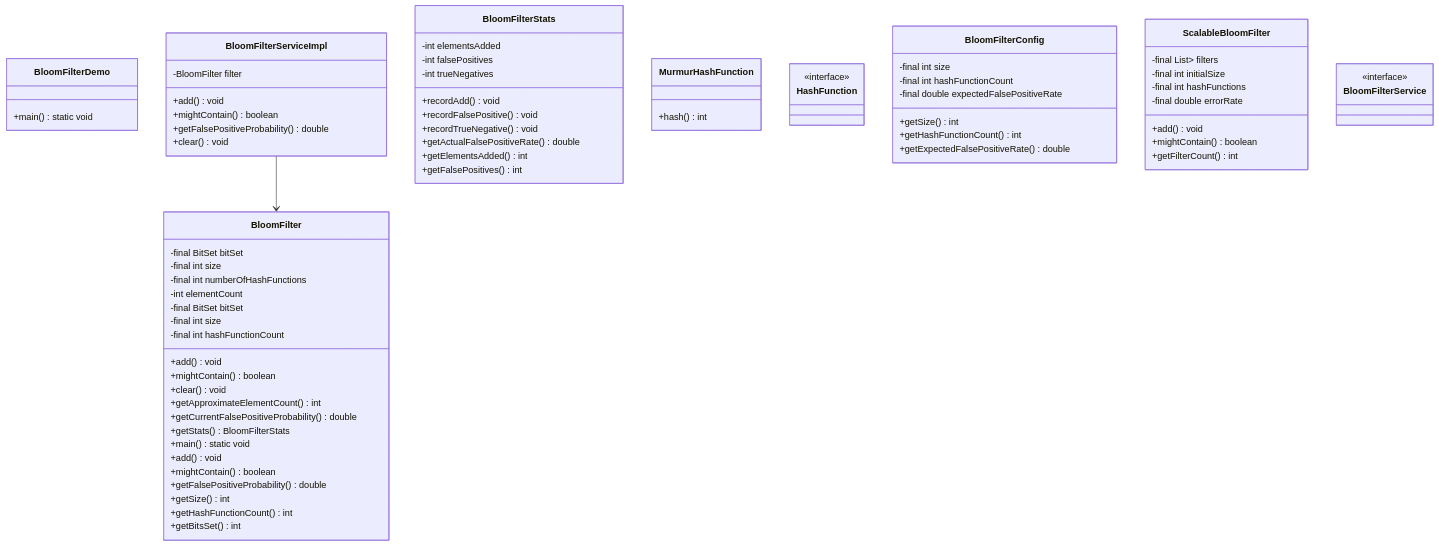
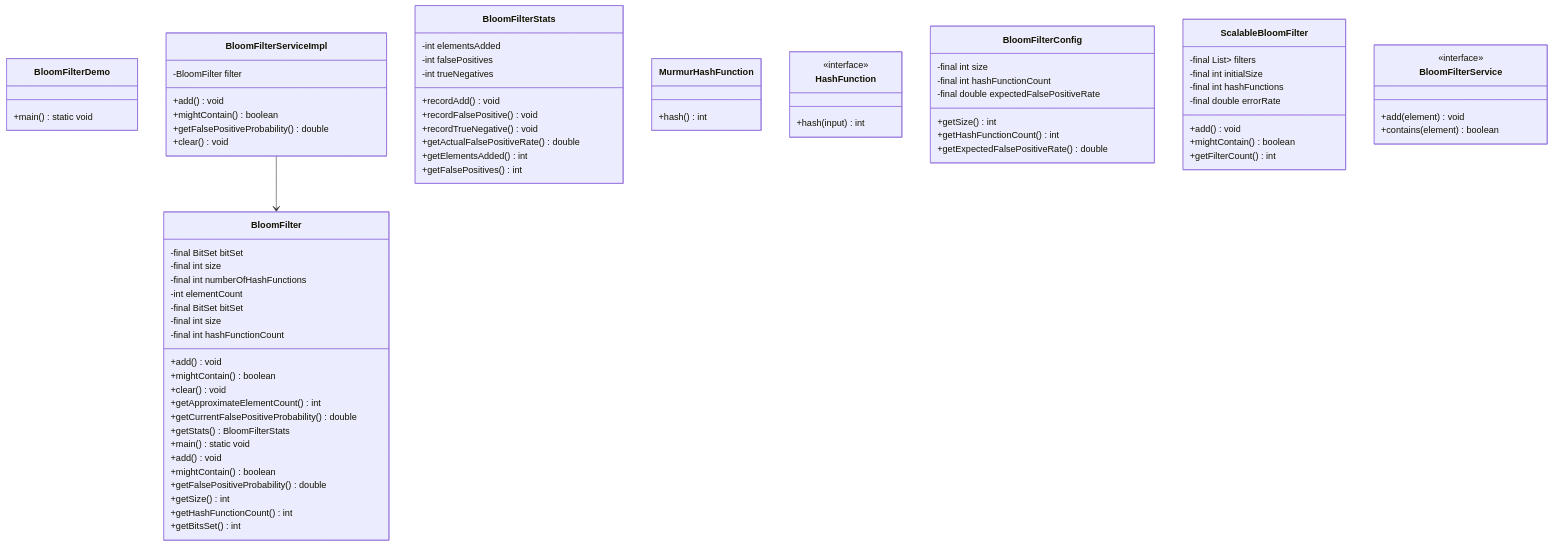
Before and after one commit to dlkr18/lld-playbook: the diagram in docs/problems/bloomfilter/README.md, drawn with Mermaid. The commit also changed 95 other files, not shown here.

````diff
--- a/docs/problems/bloomfilter/README.md
+++ b/docs/problems/bloomfilter/README.md
@@ -96,8 +96,10 @@
         +hash() int
     }
 
-    class HashFunction
-    <<interface>> HashFunction
+    class HashFunction {
+        <<interface>>
+        +hash(input) int
+    }
 
     class BloomFilterConfig {
         -final int size
@@ -130,8 +132,11 @@
         +getBitsSet() int
     }
 
-    class BloomFilterService
-    <<interface>> BloomFilterService
+    class BloomFilterService {
+        <<interface>>
+        +add(element) void
+        +contains(element) boolean
+    }
 
     BloomFilterServiceImpl --> BloomFilter
 ```
````
